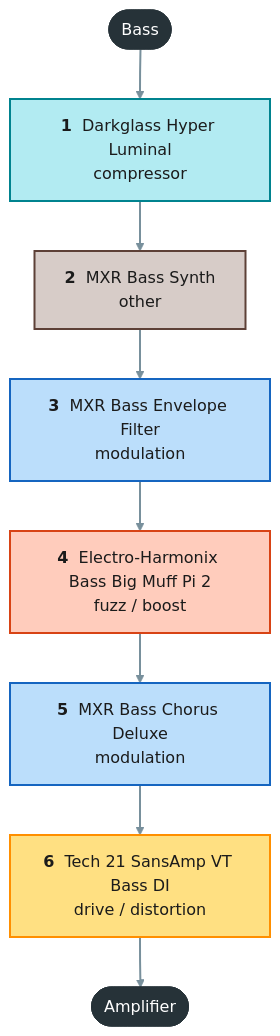
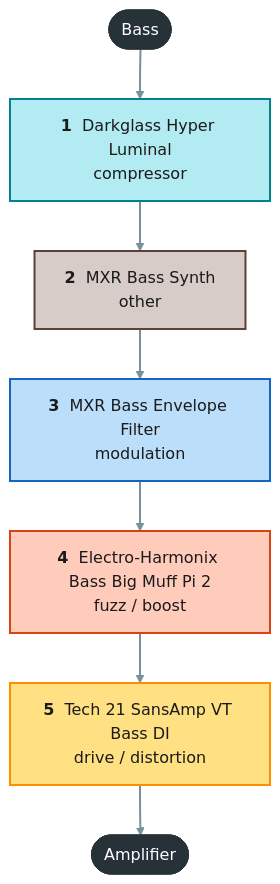
The first of 2 diagrams in projects/bass/README.md (pedroacvieira/pedalboard), drawn with Mermaid before and after one commit. The commit also changed other lines of this file and 22 other files, not shown here.

Commit message:
Bass without the Chorus Deluxe (owner); practice proposals; pedal-preferences plan; handovers; TODO

````diff
--- a/projects/bass/README.md
+++ b/projects/bass/README.md
@@ -17,19 +11,18 @@
 ```mermaid
 flowchart TB
     guitar(["Bass"]):::endpoint
     darkglass_hyper_luminal["<b>1</b> &nbsp;Darkglass Hyper Luminal<br/>compressor"]:::c_compressor
     mxr_bass_synth["<b>2</b> &nbsp;MXR Bass Synth<br/>other"]:::c_other
     mxr_bass_envelope_filter["<b>3</b> &nbsp;MXR Bass Envelope Filter<br/>modulation"]:::c_modulation
     ehx_bass_big_muff_2["<b>4</b> &nbsp;Electro-Harmonix Bass Big Muff Pi 2<br/>fuzz / boost"]:::c_fuzz___boost
-    mxr_bass_chorus_deluxe["<b>5</b> &nbsp;MXR Bass Chorus Deluxe<br/>modulation"]:::c_modulation
-    tech21_vt_bass_di["<b>6</b> &nbsp;Tech 21 SansAmp VT Bass DI<br/>drive / distortion"]:::c_drive___distortion
+    tech21_vt_bass_di["<b>5</b> &nbsp;Tech 21 SansAmp VT Bass DI<br/>drive / distortion"]:::c_drive___distortion
     amp(["Amplifier"]):::endpoint
-    guitar --> darkglass_hyper_luminal --> mxr_bass_synth --> mxr_bass_envelope_filter --> ehx_bass_big_muff_2 --> mxr_bass_chorus_deluxe --> tech21_vt_bass_di --> amp
+    guitar --> darkglass_hyper_luminal --> mxr_bass_synth --> mxr_bass_envelope_filter --> ehx_bass_big_muff_2 --> tech21_vt_bass_di --> amp
     classDef endpoint fill:#263238,stroke:#263238,color:#ffffff
     classDef c_compressor fill:#b2ebf2,stroke:#00838f,stroke-width:2px,color:#1b1b1b
     classDef c_fuzz___boost fill:#ffccbc,stroke:#d84315,stroke-width:2px,color:#1b1b1b
     classDef c_drive___distortion fill:#ffe082,stroke:#ff8f00,stroke-width:2px,color:#1b1b1b
     classDef c_modulation fill:#bbdefb,stroke:#1565c0,stroke-width:2px,color:#1b1b1b
     classDef c_other fill:#d7ccc8,stroke:#5d4037,stroke-width:2px,color:#1b1b1b
     linkStyle default stroke:#78909c,stroke-width:2px
 ```
````
